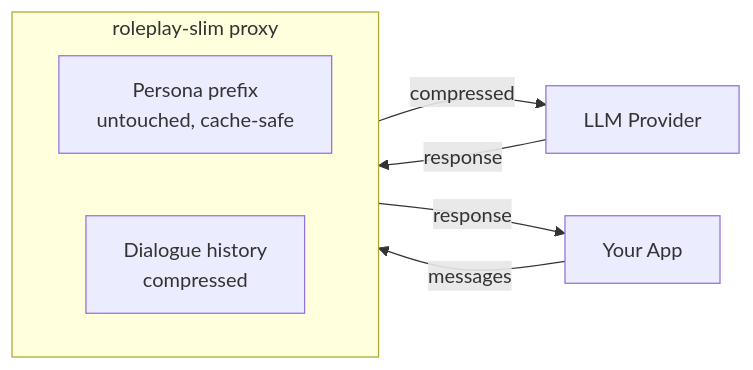
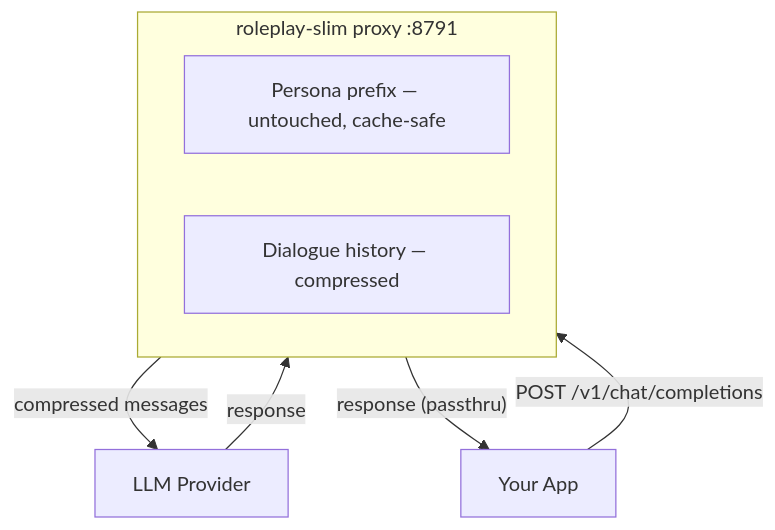
The diagram in README.md (lucifergzsz414/roleplay-slim), drawn with Mermaid before and after one commit.

Commit message:
Fix mermaid diagram: subgraph before edges, TD layout

````diff
--- a/README.md
+++ b/README.md
@@ -30,13 +30,12 @@
 ```mermaid
-flowchart LR
-    A[Your App] -->|messages| B
-    B -->|compressed| C[LLM Provider]
-    C -->|response| B
-    B -->|response| A
-
-    subgraph B[roleplay-slim proxy]
+flowchart TD
+    subgraph RS["roleplay-slim proxy :8791"]
         direction LR
-        P[Persona prefix<br/>untouched, cache-safe]
-        D[Dialogue history<br/>compressed]
+        P["Persona prefix — untouched, cache-safe"]
+        D["Dialogue history — compressed"]
     end
+    A[Your App] -->|"POST /v1/chat/completions"| RS
+    RS -->|"compressed messages"| C[LLM Provider]
+    C -->|"response"| RS
+    RS -->|"response (passthru)"| A
 ```
````
